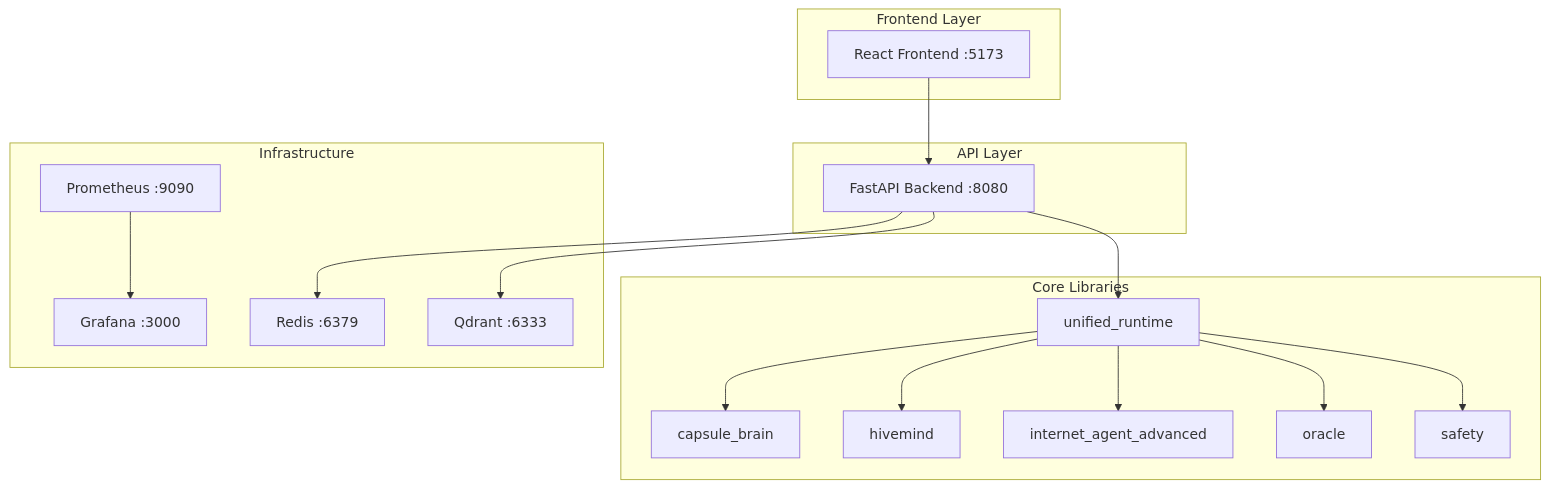
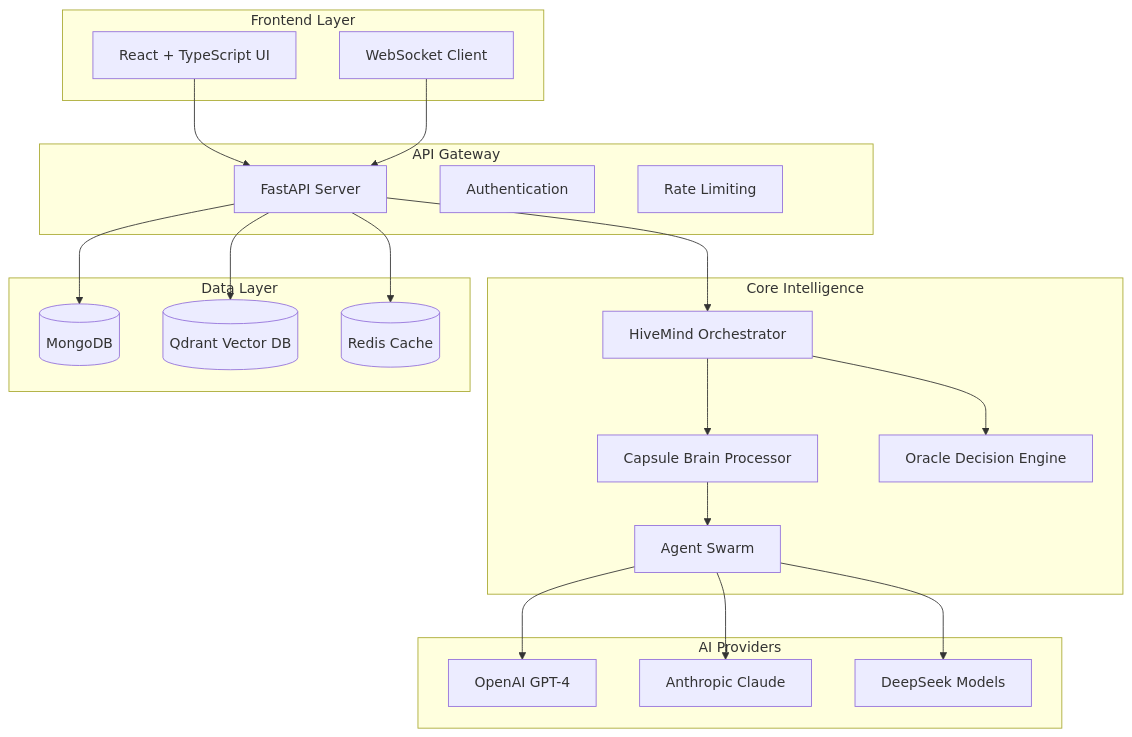
The diagram in README.md (dawsonblock/Liquid-Hive-Upgrade), drawn with Mermaid before and after one commit. The commit also changed other lines of this file and 37 other files, not shown here.

````diff
--- a/README.md
+++ b/README.md
@@ -57,37 +65,45 @@
 ```mermaid
 graph TB
     subgraph "Frontend Layer"
-        FE[React Frontend :5173]
+        UI[React + TypeScript UI]
+        WS[WebSocket Client]
     end
     
-    subgraph "API Layer"  
-        API[FastAPI Backend :8080]
+    subgraph "API Gateway"
+        API[FastAPI Server]
+        AUTH[Authentication]
+        RATE[Rate Limiting]
     end
     
-    subgraph "Core Libraries"
-        UR[unified_runtime]
-        CB[capsule_brain] 
-        HM[hivemind]
-        IA[internet_agent_advanced]
-        OR[oracle]
-        SF[safety]
+    subgraph "Core Intelligence"
+        HIVE[HiveMind Orchestrator]
+        BRAIN[Capsule Brain Processor] 
+        ORACLE[Oracle Decision Engine]
+        AGENTS[Agent Swarm]
     end
     
-    subgraph "Infrastructure"
-        PROM[Prometheus :9090]
-        GRAF[Grafana :3000]
-        REDIS[Redis :6379]
-        QDRANT[Qdrant :6333]
+    subgraph "Data Layer"
+        MONGO[(MongoDB)]
+        VECTOR[(Qdrant Vector DB)]
+        CACHE[(Redis Cache)]
     end
     
-    FE --> API
-    API --> UR
-    UR --> CB
-    UR --> HM
-    UR --> IA
-    UR --> OR
-    UR --> SF
-    API --> REDIS
-    API --> QDRANT
-    PROM --> GRAF
+    subgraph "AI Providers"
+        GPT[OpenAI GPT-4]
+        CLAUDE[Anthropic Claude]
+        DEEP[DeepSeek Models]
+    end
+    
+    UI --> API
+    WS --> API
+    API --> HIVE
+    HIVE --> BRAIN
+    HIVE --> ORACLE
+    BRAIN --> AGENTS
+    AGENTS --> GPT
+    AGENTS --> CLAUDE
+    AGENTS --> DEEP
+    API --> MONGO
+    API --> VECTOR  
+    API --> CACHE
 ```
````
